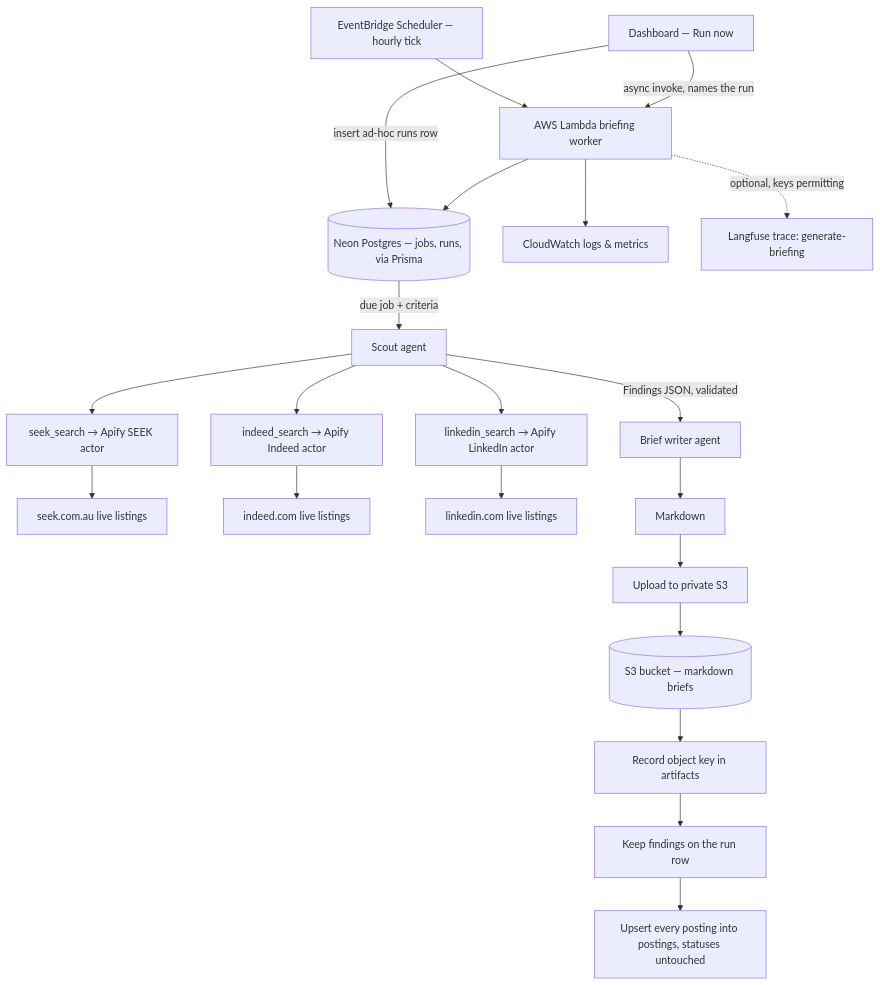
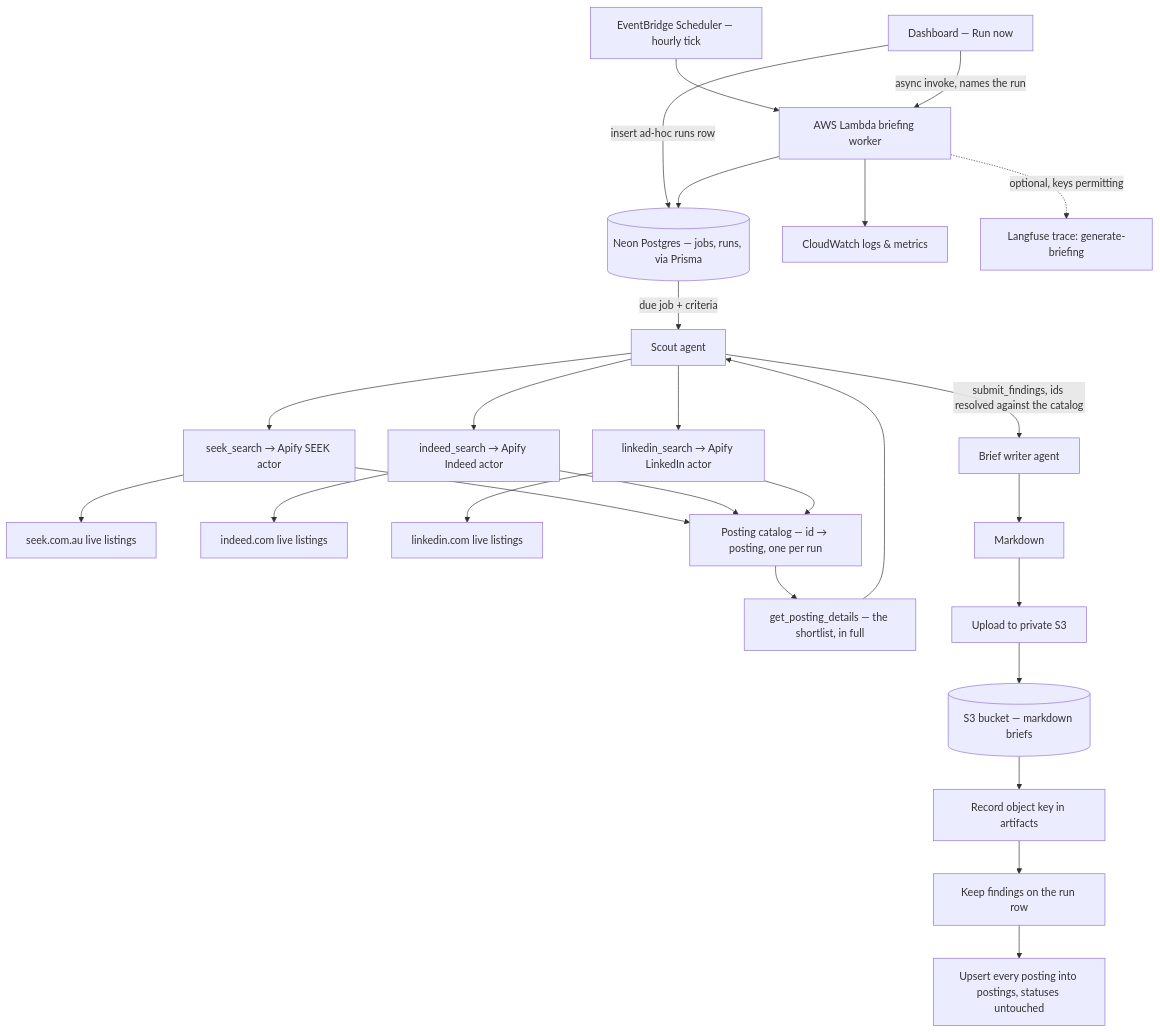
One commit to sunnyeyles/control-panel changed the first of 2 diagrams in OVERVIEW.md. Above: the diagram before and after it, drawn with Mermaid. The commit also changed other lines of this file and 36 other files, not shown here.

````diff
--- a/OVERVIEW.md
+++ b/OVERVIEW.md
@@ -96,23 +99,28 @@
 ```mermaid
 flowchart TD
     E[EventBridge Scheduler — hourly tick] --> F[AWS Lambda briefing worker]
     B2[Dashboard — Run now] -->|insert ad-hoc runs row| D
     B2 -->|async invoke, names the run| F
     F --> D[(Neon Postgres — jobs, runs, via Prisma)]
     D -->|due job + criteria| G[Scout agent]
     G --> T1[seek_search → Apify SEEK actor]
     G --> T2[indeed_search → Apify Indeed actor]
     G --> T3[linkedin_search → Apify LinkedIn actor]
     T1 --> X1[seek.com.au live listings]
     T2 --> X2[indeed.com live listings]
     T3 --> X3[linkedin.com live listings]
-    G -->|Findings JSON, validated| L[Brief writer agent]
+    T1 --> C[Posting catalog — id → posting, one per run]
+    T2 --> C
+    T3 --> C
+    C --> G2[get_posting_details — the shortlist, in full]
+    G2 --> G
+    G -->|submit_findings, ids resolved against the catalog| L[Brief writer agent]
     L --> Z[Markdown]
     Z --> U[Upload to private S3]
     U --> V[(S3 bucket — markdown briefs)]
     V --> W[Record object key in artifacts]
     W --> K[Keep findings on the run row]
     K --> PT[Upsert every posting into postings, statuses untouched]
     F --> CW[CloudWatch logs & metrics]
     F -.->|optional, keys permitting| LF[Langfuse trace: generate-briefing]
 ```
````
